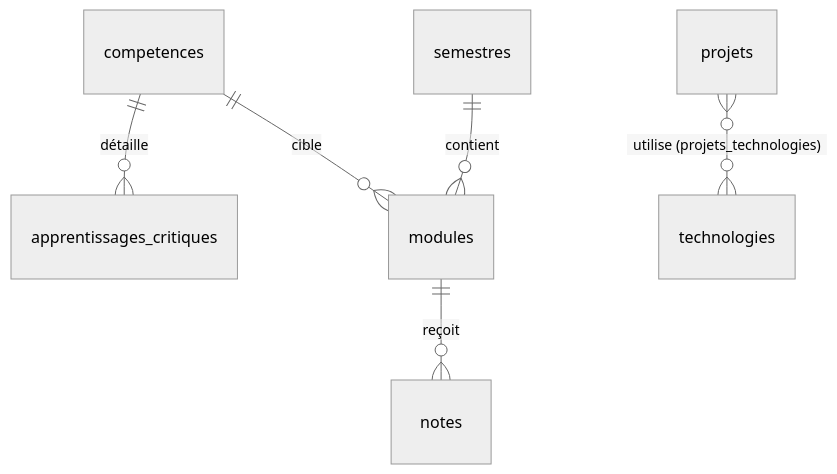
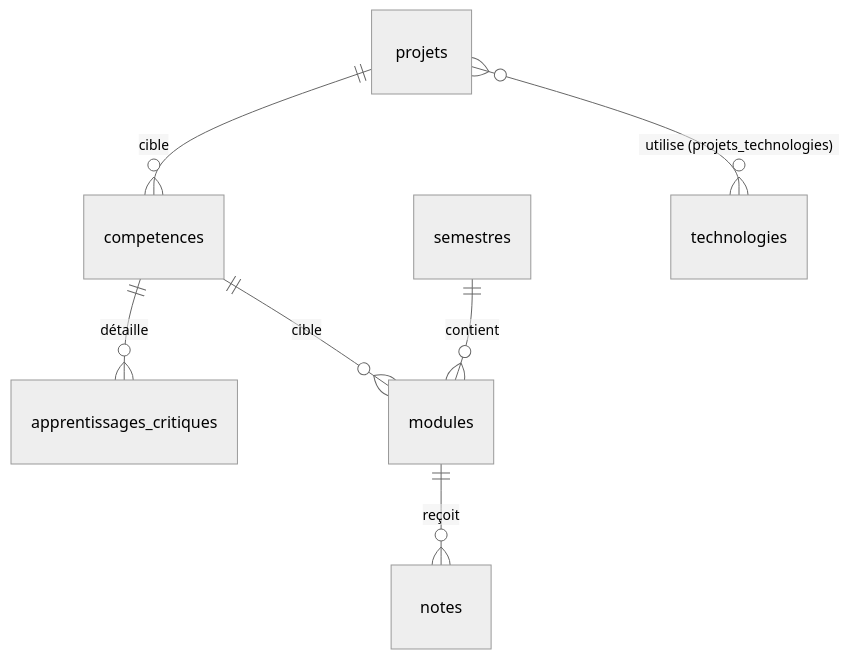
Before and after one commit to tshazlytembo123-bot/tshazly-man-tte: the second of 2 diagrams in architecture/ARCHITECTURE.md, drawn with Mermaid (neutral theme).

````diff
--- a/architecture/ARCHITECTURE.md
+++ b/architecture/ARCHITECTURE.md
@@ -65,8 +65,9 @@
 ```mermaid
 erDiagram
   competences ||--o{ apprentissages_critiques : "détaille"
   competences ||--o{ modules : "cible"
   semestres ||--o{ modules : "contient"
   modules ||--o{ notes : "reçoit"
+  projets ||--o{competences : "cible"
   projets }o--o{ technologies : "utilise (projets_technologies)"
 ```
````
